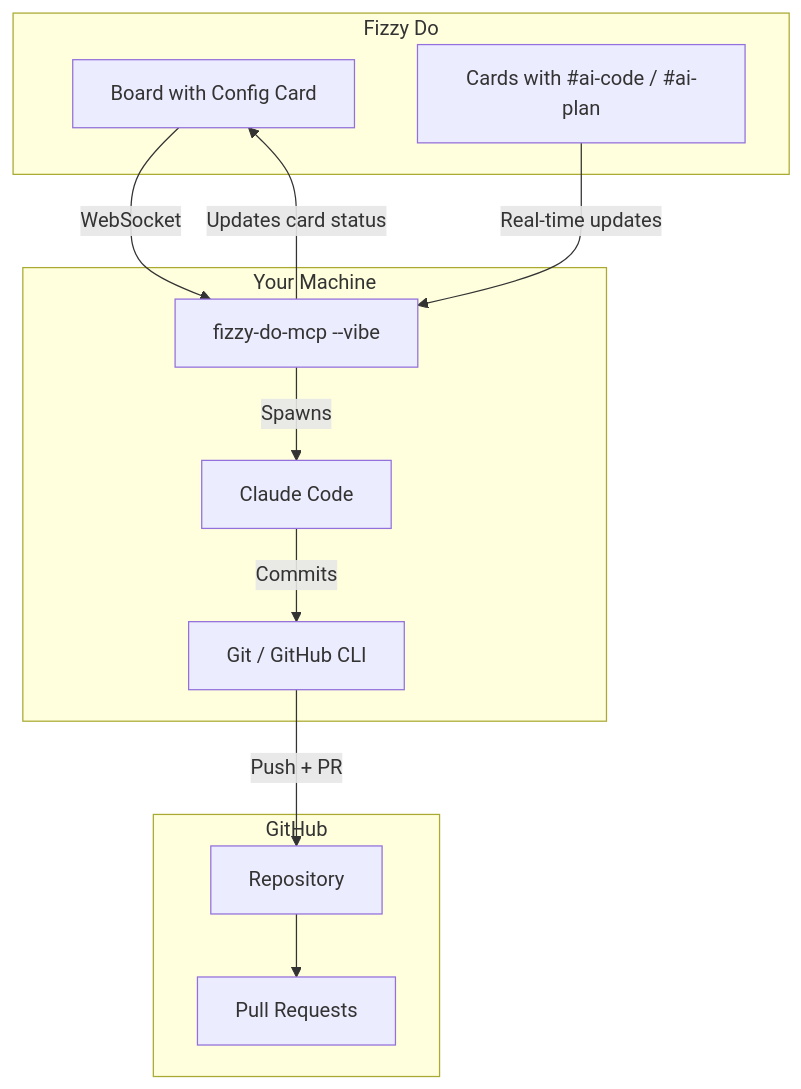
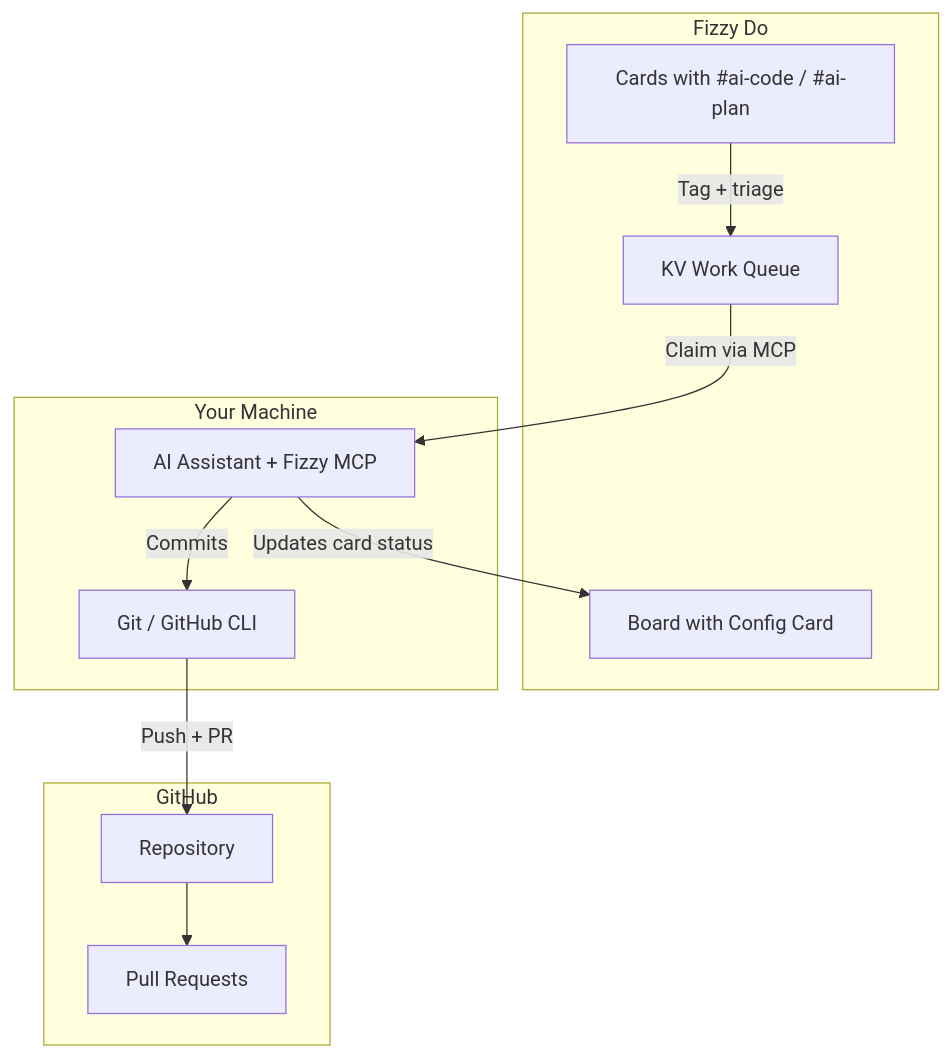
Before and after one commit to ryanyogan/fizzy-do-mcp: the diagram in docs/vibe-coding/index.md, drawn with Mermaid. The commit also changed other lines of this file and 9 other files, not shown here.

First line of the commit message:
docs: update documentation for new pending work architecture and fizzy.do styling

````diff
--- a/docs/vibe-coding/index.md
+++ b/docs/vibe-coding/index.md
@@ -49,26 +52,25 @@
 ```mermaid
 flowchart TB
     subgraph Fizzy["Fizzy Do"]
         Board[Board with Config Card]
         Cards[Cards with #ai-code / #ai-plan]
+        Queue[KV Work Queue]
     end
-    
+
     subgraph Local["Your Machine"]
-        CLI[fizzy-do-mcp --vibe]
-        Claude[Claude Code]
+        AI[AI Assistant + Fizzy MCP]
         Git[Git / GitHub CLI]
     end
-    
+
     subgraph GitHub["GitHub"]
         Repo[Repository]
         PR[Pull Requests]
     end
-    
-    Board -->|WebSocket| CLI
-    Cards -->|Real-time updates| CLI
-    CLI -->|Spawns| Claude
-    Claude -->|Commits| Git
+
+    Cards -->|Tag + triage| Queue
+    Queue -->|Claim via MCP| AI
+    AI -->|Commits| Git
     Git -->|Push + PR| Repo
     Repo --> PR
-    CLI -->|Updates card status| Board
+    AI -->|Updates card status| Board
 ```
````
